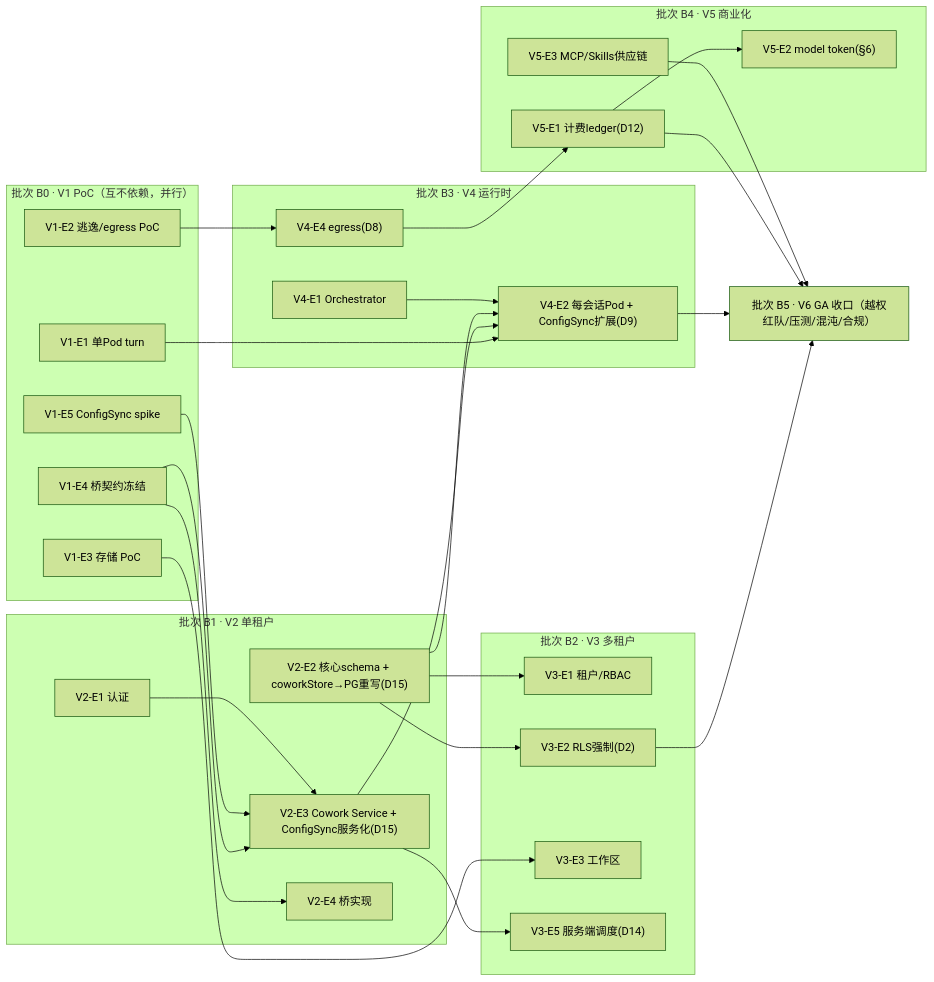
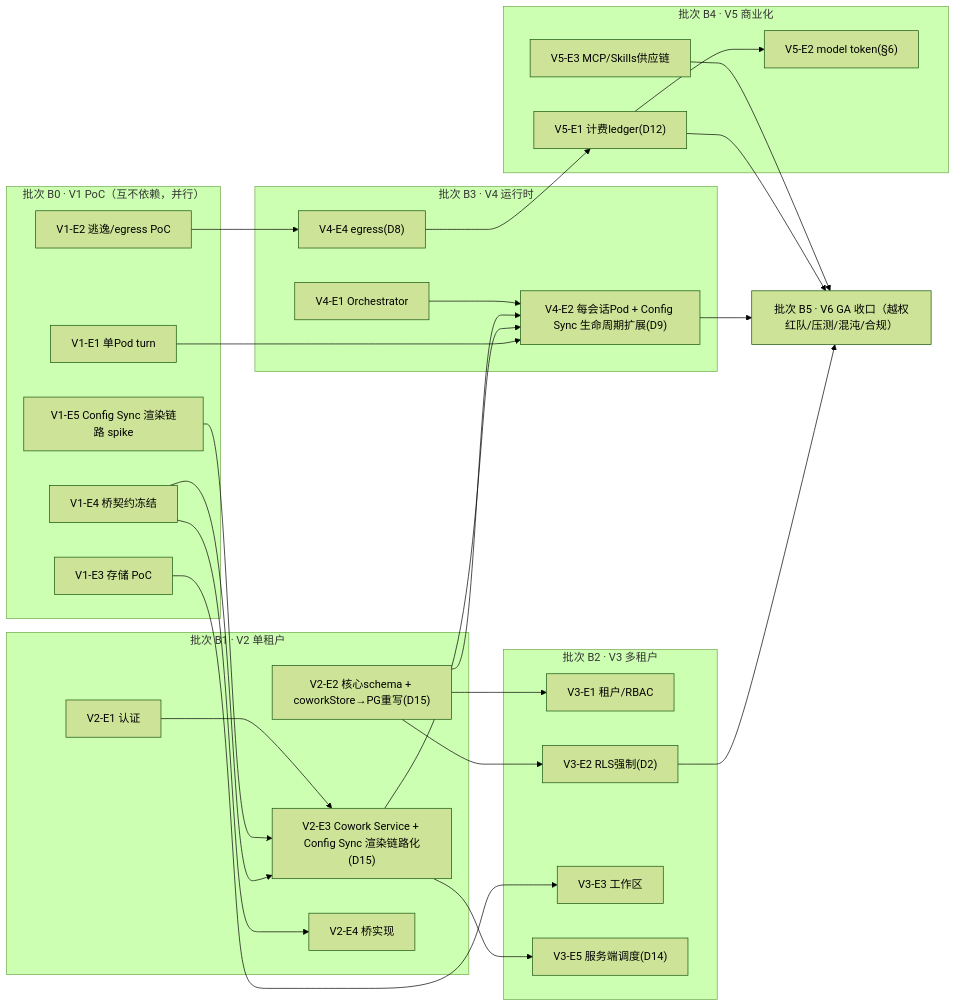
One commit to edward-ng-duke/LobsterAI changed the third of 3 diagrams in 改造计划/17-分阶段路线图与工作量估算.md. Above: the diagram before and after it, drawn with Mermaid (forest theme). The commit also changed other lines of this file and 27 other files, not shown here.

````diff
--- a/改造计划/17-分阶段路线图与工作量估算.md
+++ b/改造计划/17-分阶段路线图与工作量估算.md
@@ -331,53 +352,53 @@
 ```mermaid
 flowchart LR
   subgraph B0["批次 B0 · V1 PoC（互不依赖，并行）"]
     E4c["V1-E4 桥契约冻结"]
-    E5s["V1-E5 ConfigSync spike"]
+    E5s["V1-E5 Config Sync 渲染链路 spike"]
     E1p["V1-E1 单Pod turn"]
     E2p["V1-E2 逃逸/egress PoC"]
     E3p["V1-E3 存储 PoC"]
   end
   subgraph B1["批次 B1 · V2 单租户"]
     A1["V2-E1 认证"]
     D1["V2-E2 核心schema + coworkStore→PG重写(D15)"]
-    C1["V2-E3 Cowork Service + ConfigSync服务化(D15)"]
+    C1["V2-E3 Cowork Service + Config Sync 渲染链路化(D15)"]
     BR1["V2-E4 桥实现"]
   end
   subgraph B2["批次 B2 · V3 多租户"]
     T2["V3-E1 租户/RBAC"]
     R2["V3-E2 RLS强制(D2)"]
     W2["V3-E3 工作区"]
     S2["V3-E5 服务端调度(D14)"]
   end
   subgraph B3["批次 B3 · V4 运行时"]
     O3["V4-E1 Orchestrator"]
-    P3["V4-E2 每会话Pod + ConfigSync扩展(D9)"]
+    P3["V4-E2 每会话Pod + Config Sync 生命周期扩展(D9)"]
     EG3["V4-E4 egress(D8)"]
   end
   subgraph B4["批次 B4 · V5 商业化"]
     BL4["V5-E1 计费ledger(D12)"]
     TK4["V5-E2 model token(§6)"]
     MC4["V5-E3 MCP/Skills供应链"]
   end
   B5["批次 B5 · V6 GA 收口（越权红队/压测/混沌/合规）"]
 
   E4c --> BR1
   E4c --> C1
   E5s --> C1
   E1p --> P3
   E2p --> EG3
   E3p --> W2
   A1 --> C1
   D1 --> R2
   D1 --> T2
   C1 --> S2
   C1 --> P3
   D1 --> P3
   O3 --> P3
   EG3 --> BL4
   BL4 --> TK4
   R2 --> B5
   BL4 --> B5
   P3 --> B5
   MC4 --> B5
 ```
````
